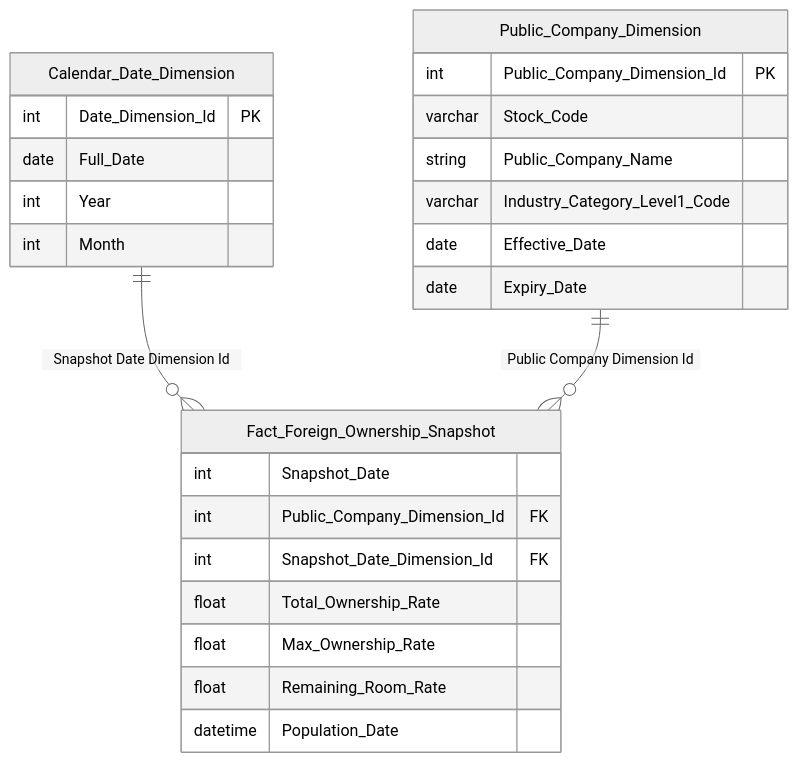
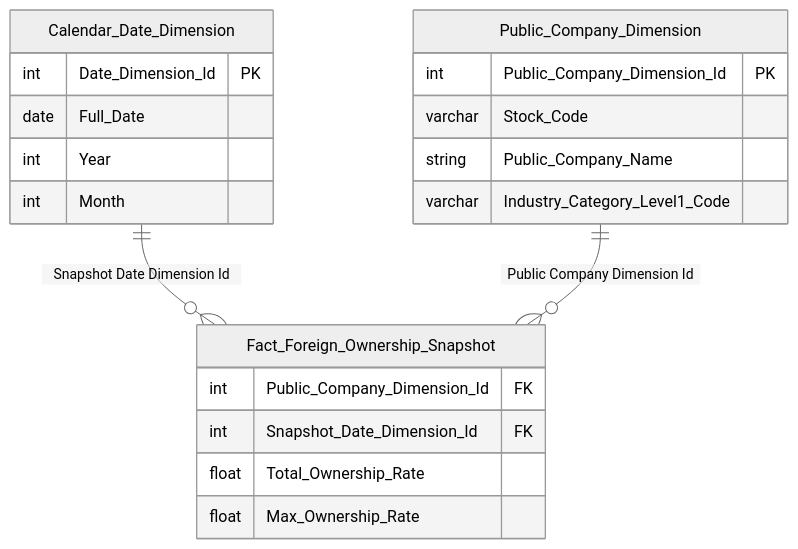
One commit to linhlvit/ubck_atomic_design changed diagram 22 of 34 in Datamart/hld/DTM_NDTNN_HLD.md. Above: the diagram before and after it, drawn with Mermaid (neutral theme). The commit also changed other lines of this file and 10 other files, not shown here.

````diff
--- a/Datamart/hld/DTM_NDTNN_HLD.md
+++ b/Datamart/hld/DTM_NDTNN_HLD.md
@@ -987,29 +965,24 @@
 ```mermaid
 erDiagram
     Calendar_Date_Dimension {
         int Date_Dimension_Id PK
         date Full_Date
         int Year
         int Month
     }
     Public_Company_Dimension {
         int Public_Company_Dimension_Id PK
         varchar Stock_Code
         string Public_Company_Name
         varchar Industry_Category_Level1_Code
-        date Effective_Date
-        date Expiry_Date
     }
     Fact_Foreign_Ownership_Snapshot {
-        int Snapshot_Date
         int Public_Company_Dimension_Id FK
         int Snapshot_Date_Dimension_Id FK
         float Total_Ownership_Rate
         float Max_Ownership_Rate
-        float Remaining_Room_Rate
-        datetime Population_Date
     }
 
     Calendar_Date_Dimension ||--o{ Fact_Foreign_Ownership_Snapshot : "Snapshot Date Dimension Id"
     Public_Company_Dimension ||--o{ Fact_Foreign_Ownership_Snapshot : "Public Company Dimension Id"
 ```
````
